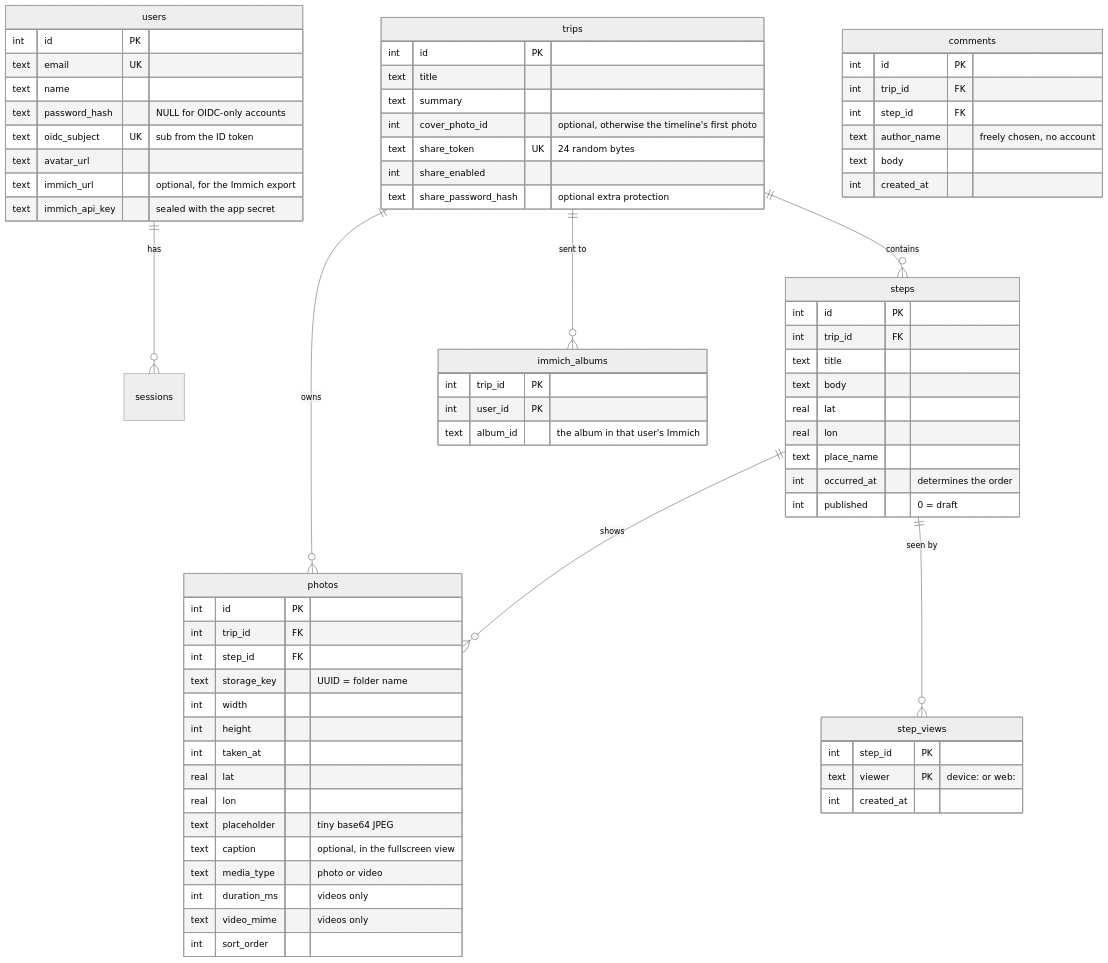
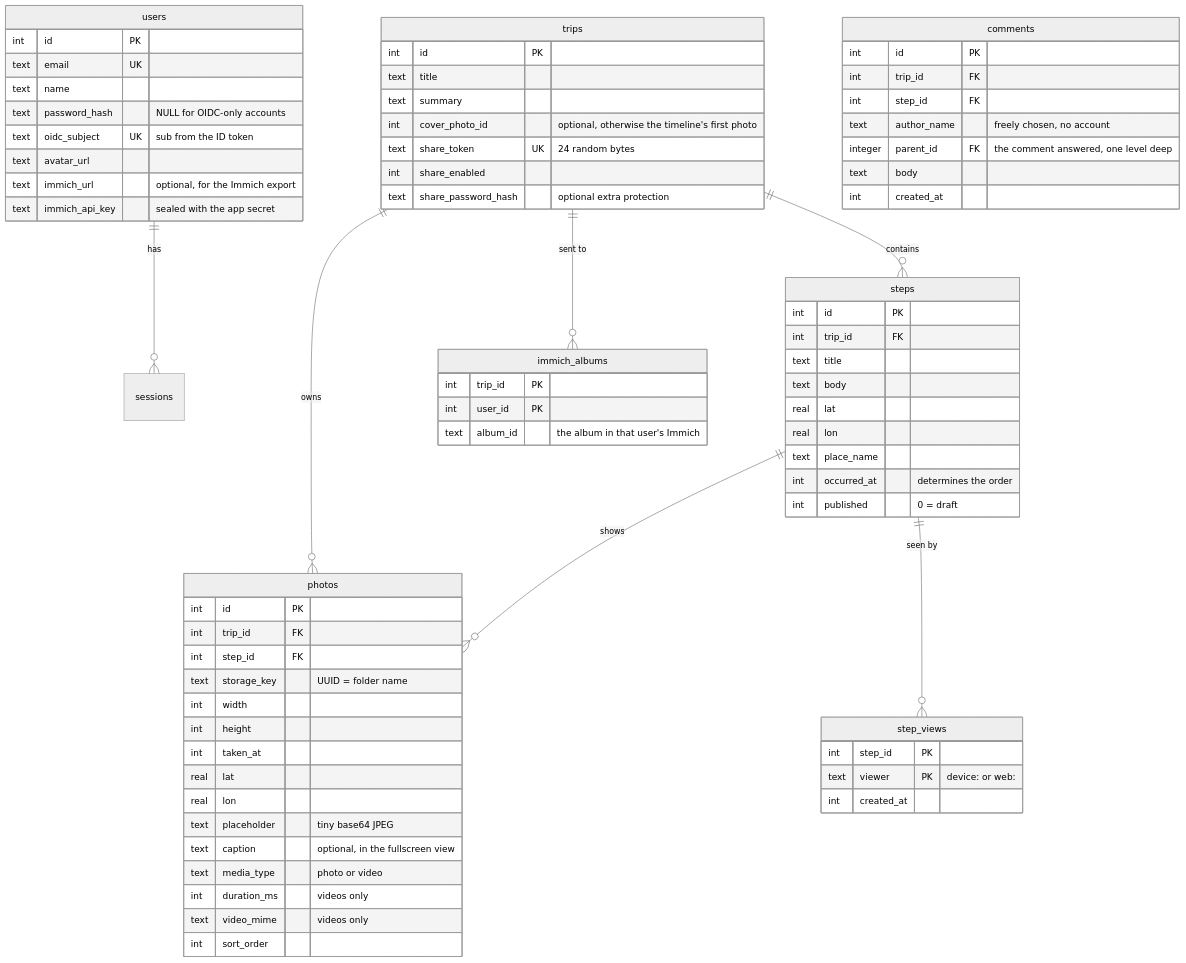
The first of 2 diagrams in docs/ARCHITECTURE.md (RainerZufall00/ownsteps), drawn with Mermaid (neutral theme) before and after one commit. The commit also changed 32 other files, not shown here.

````diff
--- a/docs/ARCHITECTURE.md
+++ b/docs/ARCHITECTURE.md
@@ -124,75 +124,76 @@
 ```mermaid
 erDiagram
     users ||--o{ sessions : has
     trips ||--o{ steps : contains
     trips ||--o{ photos : owns
     steps ||--o{ photos : shows
     steps ||--o{ step_views : "seen by"
     trips ||--o{ immich_albums : "sent to"
 
     users {
         int id PK
         text email UK
         text name
         text password_hash "NULL for OIDC-only accounts"
         text oidc_subject UK "sub from the ID token"
         text avatar_url
         text immich_url "optional, for the Immich export"
         text immich_api_key "sealed with the app secret"
     }
     trips {
         int id PK
         text title
         text summary
         int cover_photo_id "optional, otherwise the timeline's first photo"
         text share_token UK "24 random bytes"
         int share_enabled
         text share_password_hash "optional extra protection"
     }
     steps {
         int id PK
         int trip_id FK
         text title
         text body
         real lat
         real lon
         text place_name
         int occurred_at "determines the order"
         int published "0 = draft"
     }
     photos {
         int id PK
         int trip_id FK
         int step_id FK
         text storage_key "UUID = folder name"
         int width
         int height
         int taken_at
         real lat
         real lon
         text placeholder "tiny base64 JPEG"
         text caption "optional, in the fullscreen view"
         text media_type "photo or video"
         int duration_ms "videos only"
         text video_mime "videos only"
         int sort_order
     }
     comments {
         int id PK
         int trip_id FK
         int step_id FK
         text author_name "freely chosen, no account"
+        integer parent_id FK "the comment answered, one level deep"
         text body
         int created_at
     }
     step_views {
         int step_id PK
         text viewer PK "device:<id> or web:<hash>"
         int created_at
     }
     immich_albums {
         int trip_id PK
         int user_id PK
         text album_id "the album in that user's Immich"
     }
 ```
````
